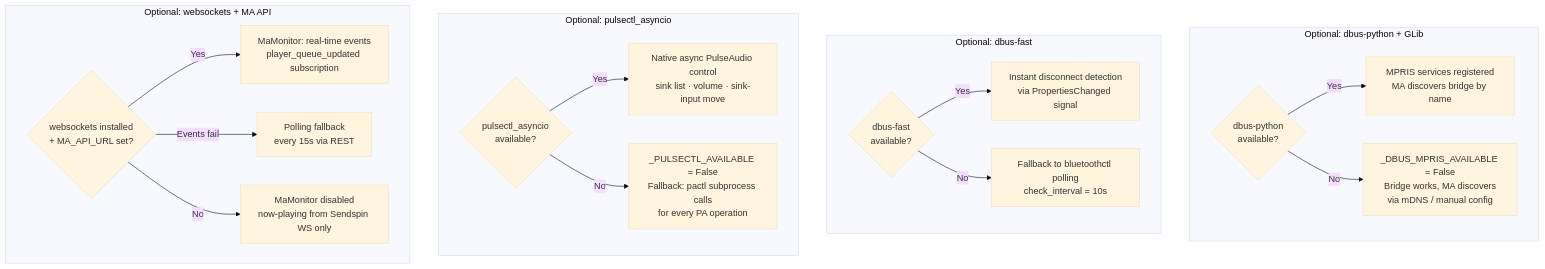
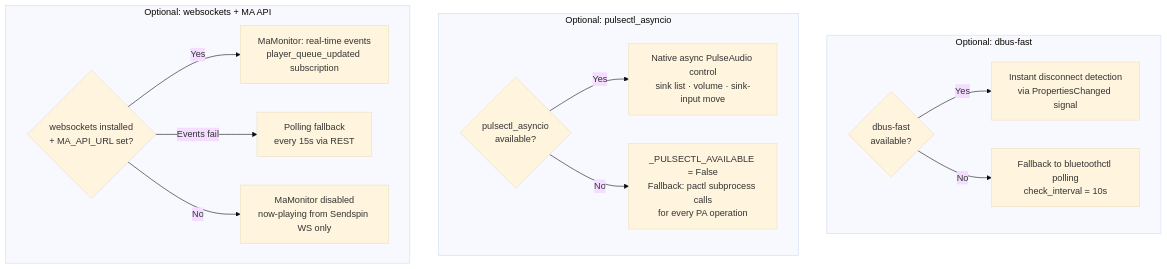
Before and after one commit to trudenboy/sendspin-bt-bridge: diagram 17 of 20 in docs-site/src/content/docs/architecture.md, drawn with Mermaid (base theme). The commit also changed other lines of this file and 15 other files, not shown here.

````diff
--- a/docs-site/src/content/docs/architecture.md
+++ b/docs-site/src/content/docs/architecture.md
@@ -729,27 +683,21 @@
 ```mermaid
 graph TD
-    subgraph "Optional: dbus-python + GLib"
-        MPRIS_CHK{dbus-python<br/>available?}
-        MPRIS_CHK -->|Yes| MPRIS_ON[MPRIS services registered<br/>MA discovers bridge by name]
-        MPRIS_CHK -->|No| MPRIS_OFF[_DBUS_MPRIS_AVAILABLE = False<br/>Bridge works, MA discovers<br/>via mDNS / manual config]
-    end
-
     subgraph "Optional: dbus-fast"
         DBUS_CHK{dbus-fast<br/>available?}
         DBUS_CHK -->|Yes| DBUS_ON[Instant disconnect detection<br/>via PropertiesChanged signal]
         DBUS_CHK -->|No| DBUS_OFF[Fallback to bluetoothctl polling<br/>check_interval = 10s]
     end
 
     subgraph "Optional: pulsectl_asyncio"
         PA_CHK{pulsectl_asyncio<br/>available?}
         PA_CHK -->|Yes| PA_ON[Native async PulseAudio control<br/>sink list · volume · sink-input move]
         PA_CHK -->|No| PA_OFF[_PULSECTL_AVAILABLE = False<br/>Fallback: pactl subprocess calls<br/>for every PA operation]
     end
 
     subgraph "Optional: websockets + MA API"
         WS_CHK{websockets installed<br/>+ MA_API_URL set?}
         WS_CHK -->|Yes| WS_ON[MaMonitor: real-time events<br/>player_queue_updated subscription]
         WS_CHK -->|Events fail| WS_POLL[Polling fallback<br/>every 15s via REST]
         WS_CHK -->|No| WS_OFF[MaMonitor disabled<br/>now-playing from Sendspin WS only]
     end
 ```
````
